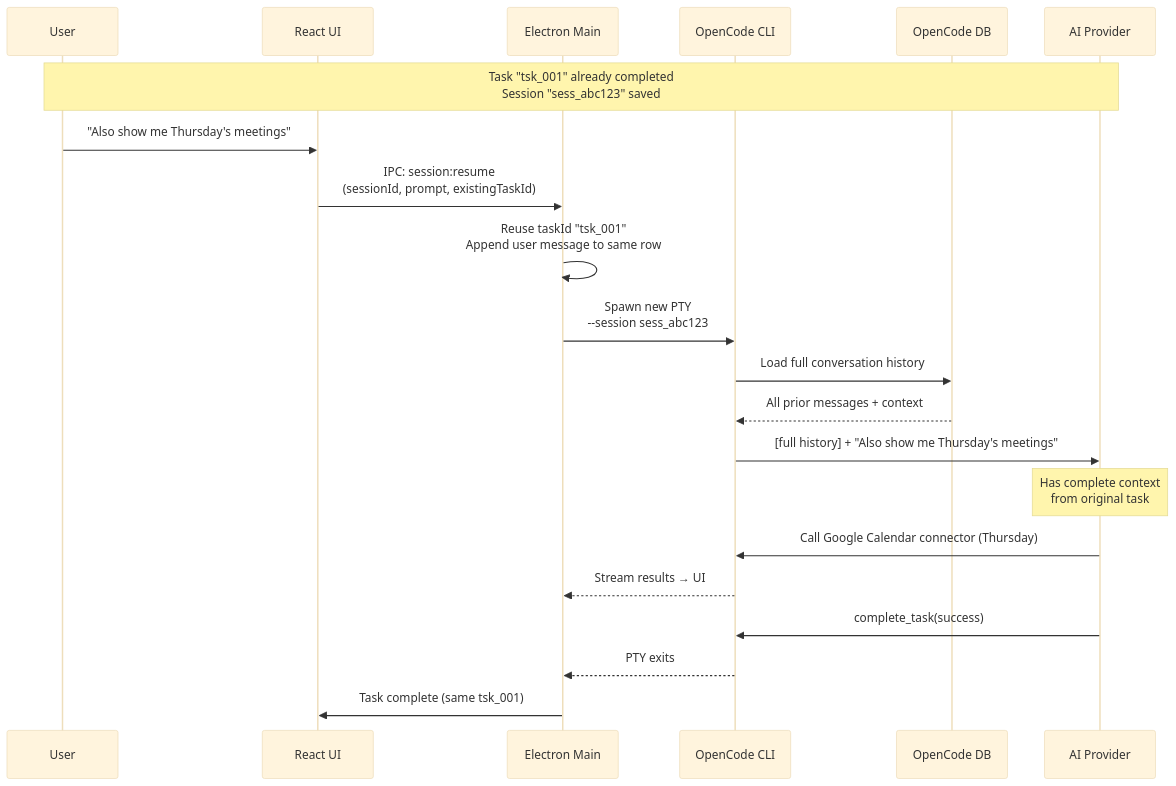
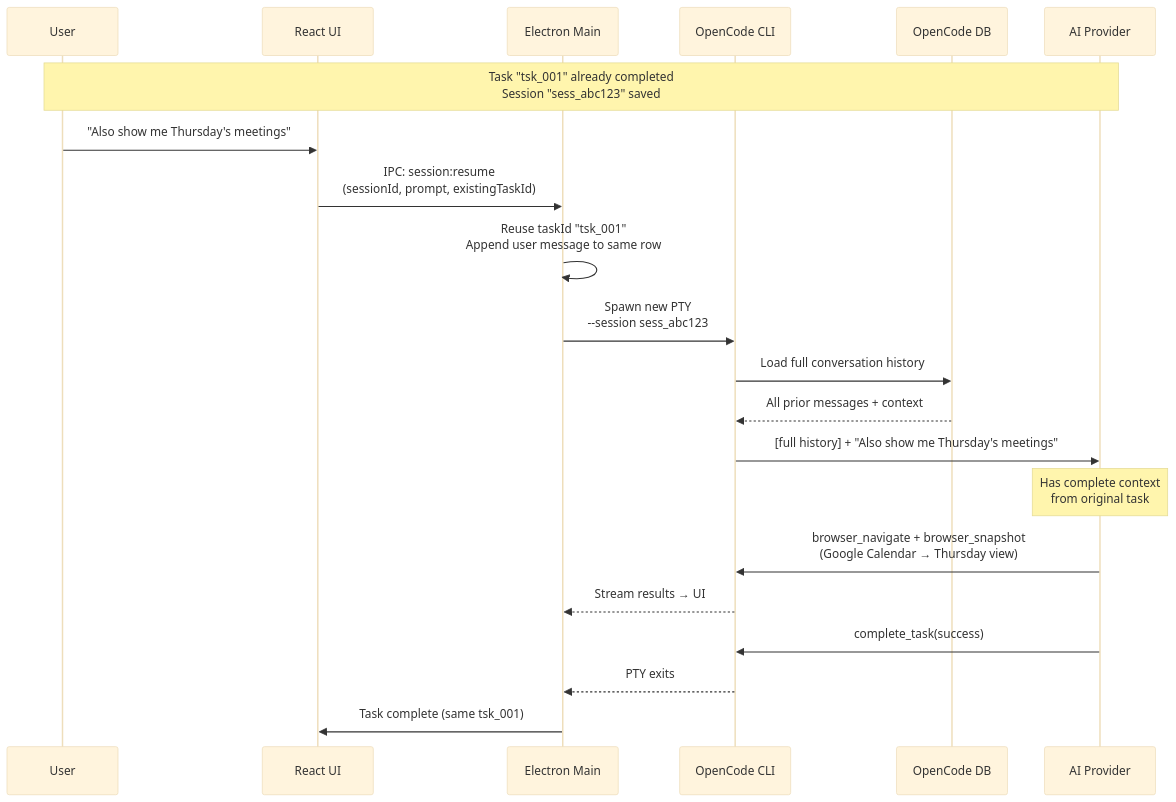
One commit to dome/accomplish changed the sixth of 7 diagrams in docs/task-flow-slides.md. Above: the diagram before and after it, drawn with Mermaid (base theme). The commit also changed other lines of this file and 26 other files, not shown here.

````diff
--- a/docs/task-flow-slides.md
+++ b/docs/task-flow-slides.md
@@ -177,32 +185,32 @@
 ```mermaid
 sequenceDiagram
   participant User
   participant UI as React UI
   participant Main as Electron Main
   participant OC as OpenCode CLI
   participant OC_DB as OpenCode DB
   participant AI as AI Provider
 
   Note over User,AI: Task "tsk_001" already completed<br/>Session "sess_abc123" saved
 
   User->>UI: "Also show me Thursday's meetings"
   UI->>Main: IPC: session:resume<br/>(sessionId, prompt, existingTaskId)
 
   Main->>Main: Reuse taskId "tsk_001"<br/>Append user message to same row
 
   Main->>OC: Spawn new PTY<br/>--session sess_abc123
 
   OC->>OC_DB: Load full conversation history
   OC_DB-->>OC: All prior messages + context
 
   OC->>AI: [full history] + "Also show me Thursday's meetings"
 
   Note over AI: Has complete context<br/>from original task
 
-  AI->>OC: Call Google Calendar connector (Thursday)
+  AI->>OC: browser_navigate + browser_snapshot<br/>(Google Calendar → Thursday view)
   OC-->>Main: Stream results → UI
 
   AI->>OC: complete_task(success)
   OC-->>Main: PTY exits
   Main->>UI: Task complete (same tsk_001)
 ```
````
